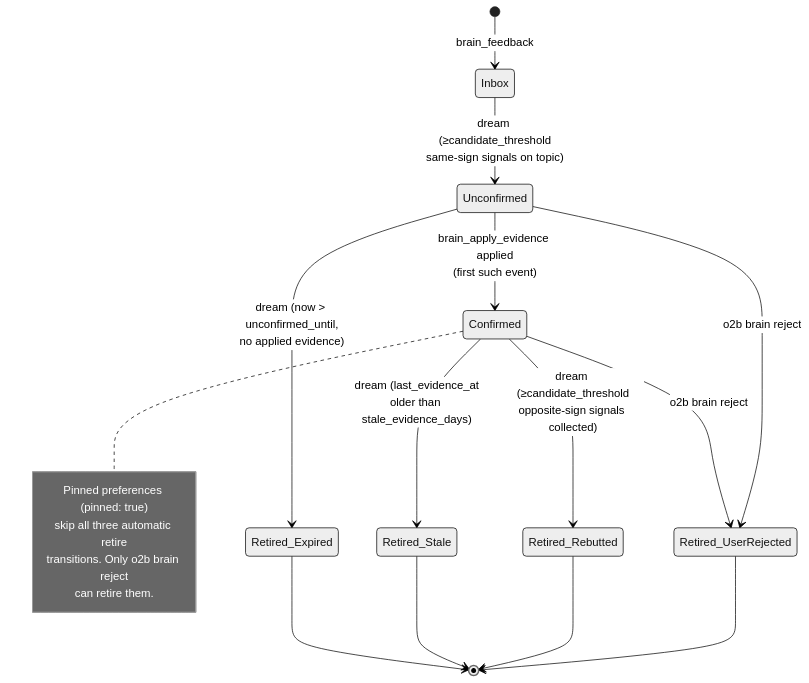
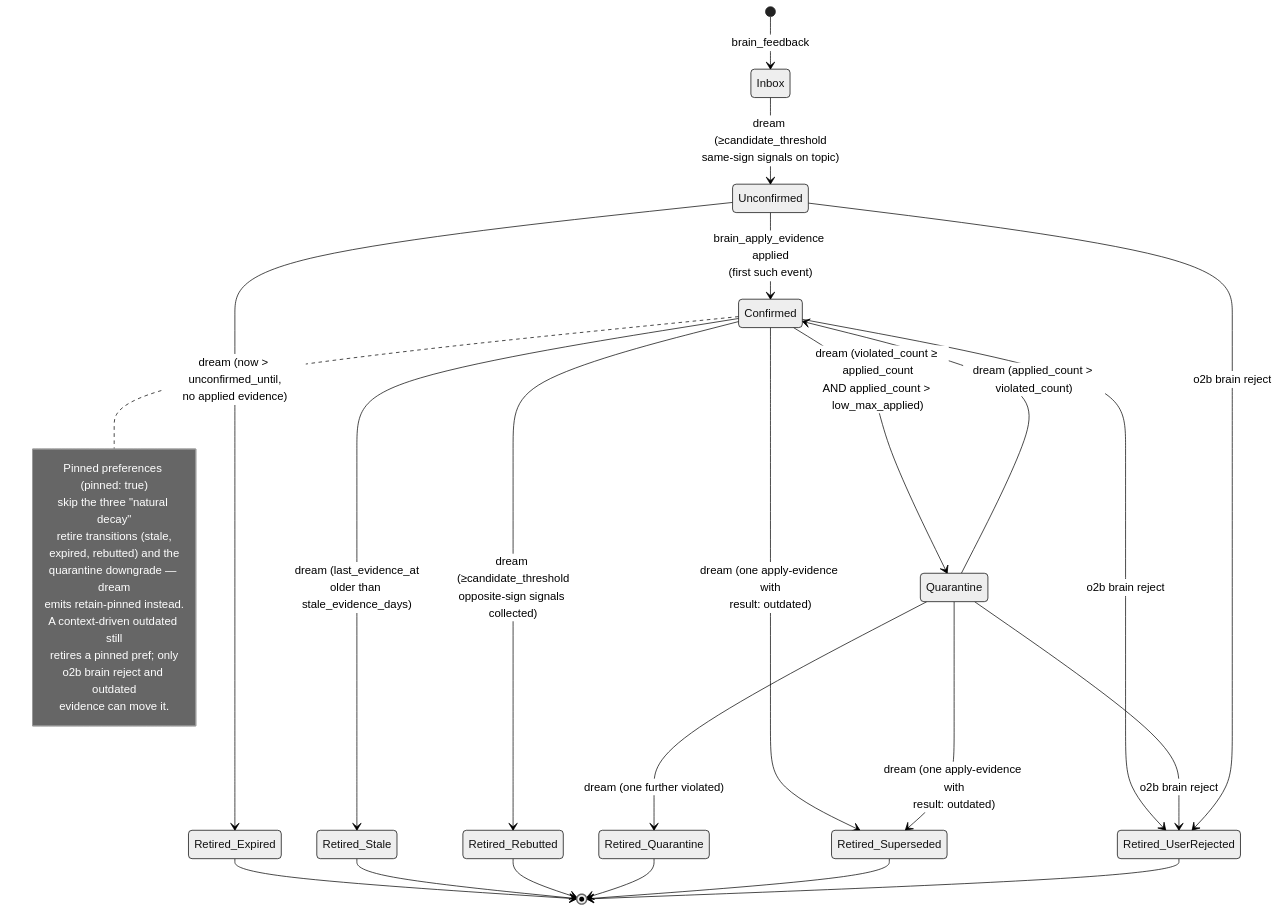
The second of 12 diagrams in docs/how-it-works.md (itechmeat/open-second-brain), drawn with Mermaid (neutral theme) before and after one commit. The commit also changed other lines of this file and 54 other files, not shown here.

````diff
--- a/docs/how-it-works.md
+++ b/docs/how-it-works.md
@@ -80,22 +89,36 @@
 ```mermaid
 stateDiagram-v2
     [*] --> Inbox: brain_feedback
     Inbox --> Unconfirmed: dream (≥candidate_threshold<br/>same-sign signals on topic)
     Unconfirmed --> Confirmed: brain_apply_evidence applied<br/>(first such event)
     Unconfirmed --> Retired_Expired: dream (now > unconfirmed_until,<br/>no applied evidence)
+    Confirmed --> Quarantine: dream (violated_count ≥ applied_count<br/>AND applied_count > low_max_applied)
+    Quarantine --> Confirmed: dream (applied_count > violated_count)
+    Quarantine --> Retired_Quarantine: dream (one further violated)
     Confirmed --> Retired_Stale: dream (last_evidence_at<br/>older than stale_evidence_days)
     Confirmed --> Retired_Rebutted: dream (≥candidate_threshold<br/>opposite-sign signals collected)
+    Confirmed --> Retired_Superseded: dream (one apply-evidence with<br/>result: outdated)
+    Quarantine --> Retired_Superseded: dream (one apply-evidence with<br/>result: outdated)
     Confirmed --> Retired_UserRejected: o2b brain reject
+    Quarantine --> Retired_UserRejected: o2b brain reject
     Unconfirmed --> Retired_UserRejected: o2b brain reject
     Retired_Expired --> [*]
     Retired_Stale --> [*]
     Retired_Rebutted --> [*]
+    Retired_Quarantine --> [*]
+    Retired_Superseded --> [*]
     Retired_UserRejected --> [*]
 
     note right of Confirmed
         Pinned preferences (pinned: true)
-        skip all three automatic retire
-        transitions. Only o2b brain reject
-        can retire them.
+        skip the three "natural decay"
+        retire transitions (stale,
+        expired, rebutted) and the
+        quarantine downgrade — dream
+        emits retain-pinned instead.
+        A context-driven outdated still
+        retires a pinned pref; only
+        o2b brain reject and outdated
+        evidence can move it.
     end note
 ```
````
